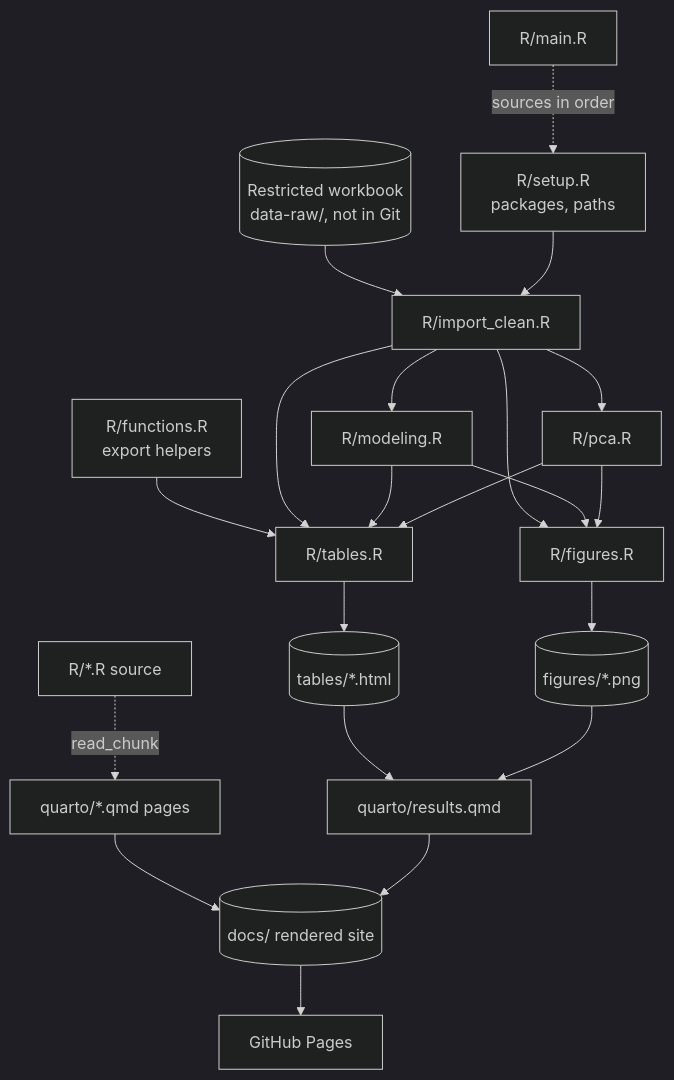
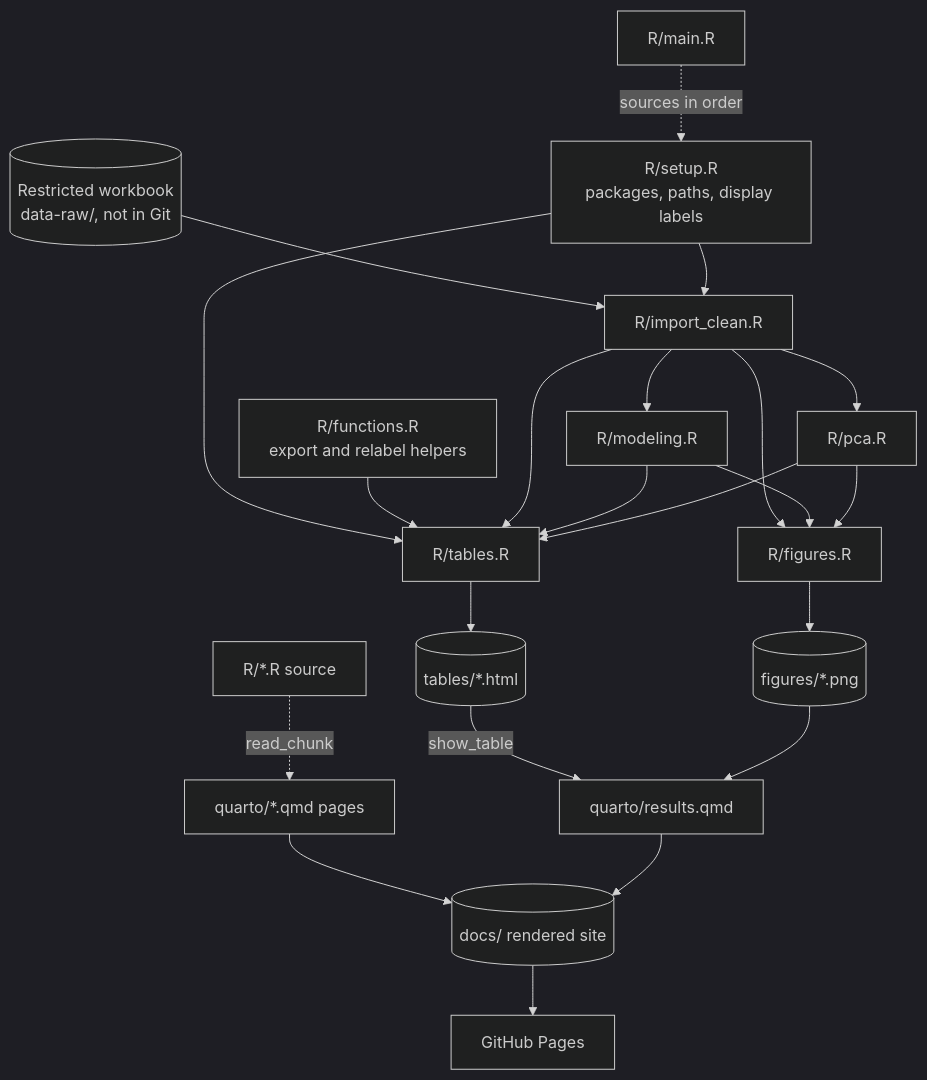
One commit to VagishHemmige/Pirofski-cryptococcus-study changed the diagram in ARCHITECTURE.md. Above: the diagram before and after it, drawn with Mermaid (dark theme). The commit also changed other lines of this file and 14 other files, not shown here.

First line of the commit message:
Show tables inline on Results page and use readable labels in exported tables

````diff
--- a/ARCHITECTURE.md
+++ b/ARCHITECTURE.md
@@ -16,23 +16,24 @@
 ```mermaid
 flowchart TD
     W[(Restricted workbook<br/>data-raw/, not in Git)] --> IC[R/import_clean.R]
-    S[R/setup.R<br/>packages, paths] --> IC
-    F[R/functions.R<br/>export helpers] --> T
+    S[R/setup.R<br/>packages, paths, display labels] --> IC
+    S --> T
+    F[R/functions.R<br/>export and relabel helpers] --> T
     IC --> M[R/modeling.R]
     IC --> P[R/pca.R]
     IC --> T[R/tables.R]
     IC --> G[R/figures.R]
     M --> T
     M --> G
     P --> T
     P --> G
     T --> TO[(tables/*.html)]
     G --> FO[(figures/*.png)]
     R[R/*.R source] -. read_chunk .-> Q[quarto/*.qmd pages]
-    TO --> RES[quarto/results.qmd]
+    TO -- show_table --> RES[quarto/results.qmd]
     FO --> RES
     Q --> D[(docs/ rendered site)]
     RES --> D
     D --> GH[GitHub Pages]
     MAIN[R/main.R] -. sources in order .-> S
 ```
````
